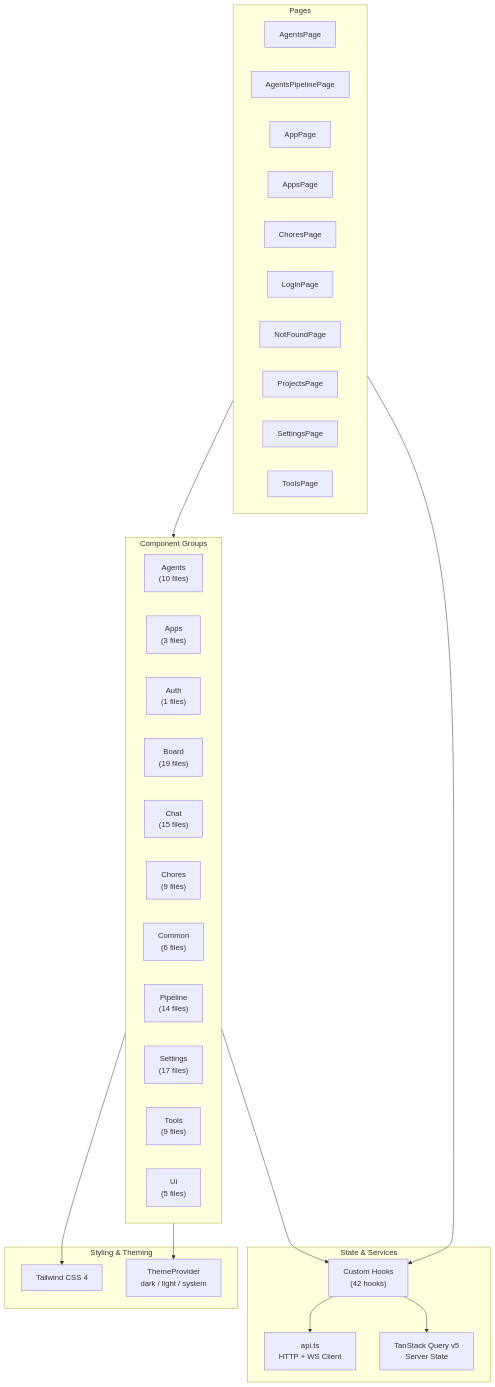
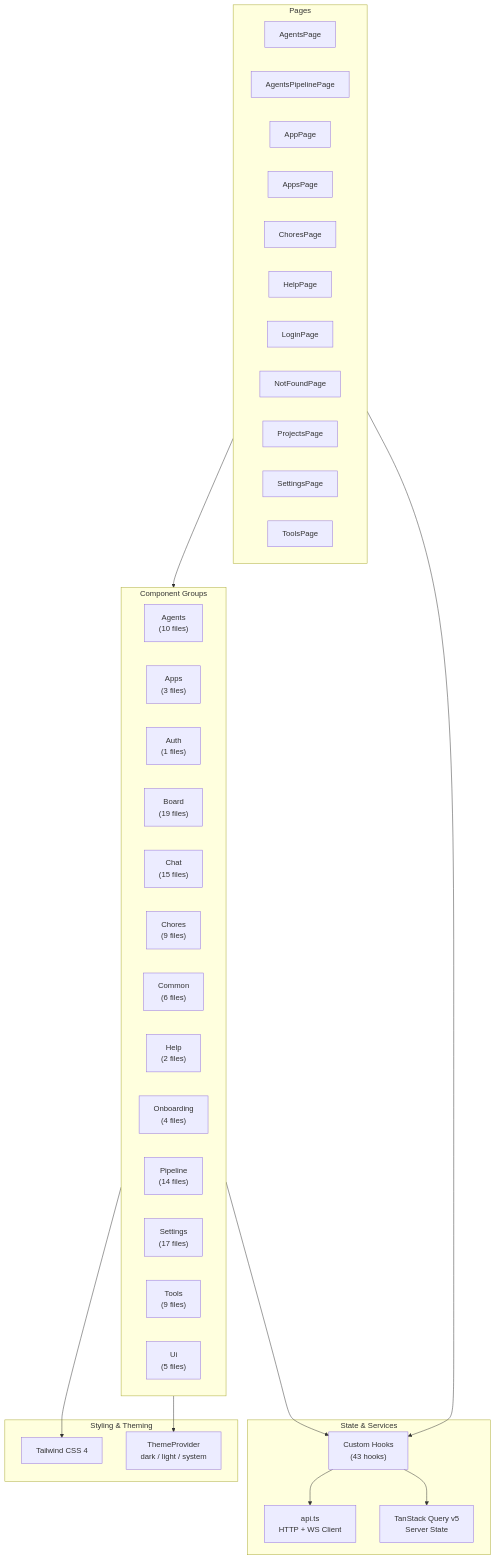
The diagram in solune/docs/architectures/frontend-components.mmd (Boykai/github-workflows), drawn with Mermaid before and after one commit. The commit also changed 27 other files, not shown here.

First line of the commit message:
feat(042): Onboarding Spotlight Tour & Help/FAQ Page (#4000)

```diff
--- a/solune/docs/architectures/frontend-components.mmd
+++ b/solune/docs/architectures/frontend-components.mmd
@@ -1,46 +1,49 @@
 graph TB
     subgraph Pages["Pages"]
         P_0["AgentsPage"]
         P_1["AgentsPipelinePage"]
         P_2["AppPage"]
         P_3["AppsPage"]
         P_4["ChoresPage"]
-        P_5["LoginPage"]
-        P_6["NotFoundPage"]
-        P_7["ProjectsPage"]
-        P_8["SettingsPage"]
-        P_9["ToolsPage"]
+        P_5["HelpPage"]
+        P_6["LoginPage"]
+        P_7["NotFoundPage"]
+        P_8["ProjectsPage"]
+        P_9["SettingsPage"]
+        P_10["ToolsPage"]
     end
 
     subgraph Components["Component Groups"]
         C_0["Agents<br/>(10 files)"]
         C_1["Apps<br/>(3 files)"]
         C_2["Auth<br/>(1 files)"]
         C_3["Board<br/>(19 files)"]
         C_4["Chat<br/>(15 files)"]
         C_5["Chores<br/>(9 files)"]
         C_6["Common<br/>(6 files)"]
-        C_7["Pipeline<br/>(14 files)"]
-        C_8["Settings<br/>(17 files)"]
-        C_9["Tools<br/>(9 files)"]
-        C_10["Ui<br/>(5 files)"]
+        C_7["Help<br/>(2 files)"]
+        C_8["Onboarding<br/>(4 files)"]
+        C_9["Pipeline<br/>(14 files)"]
+        C_10["Settings<br/>(17 files)"]
+        C_11["Tools<br/>(9 files)"]
+        C_12["Ui<br/>(5 files)"]
     end
 
     subgraph State["State & Services"]
-        Hooks["Custom Hooks<br/>(42 hooks)"]
+        Hooks["Custom Hooks<br/>(43 hooks)"]
         API["api.ts<br/>HTTP + WS Client"]
         TQ["TanStack Query v5<br/>Server State"]
     end
 
     subgraph Styling["Styling & Theming"]
         TW["Tailwind CSS 4"]
         Theme["ThemeProvider<br/>dark / light / system"]
     end
 
     Pages --> Components
     Pages --> Hooks
     Components --> Hooks
     Hooks --> API
     Hooks --> TQ
     Components --> TW
     Components --> Theme
```
